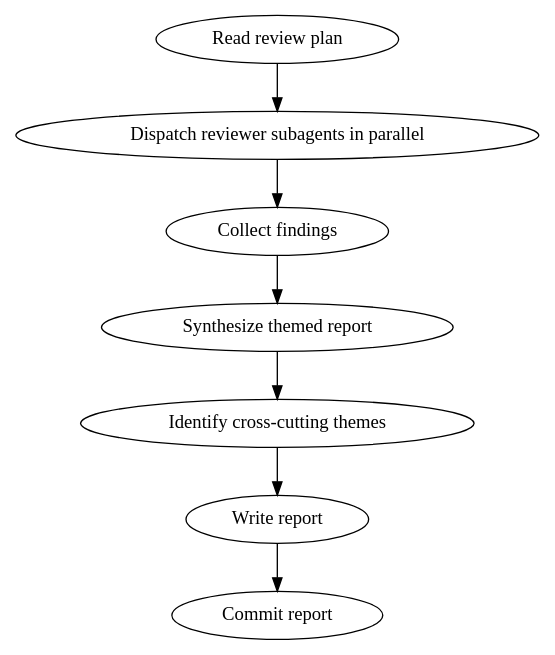
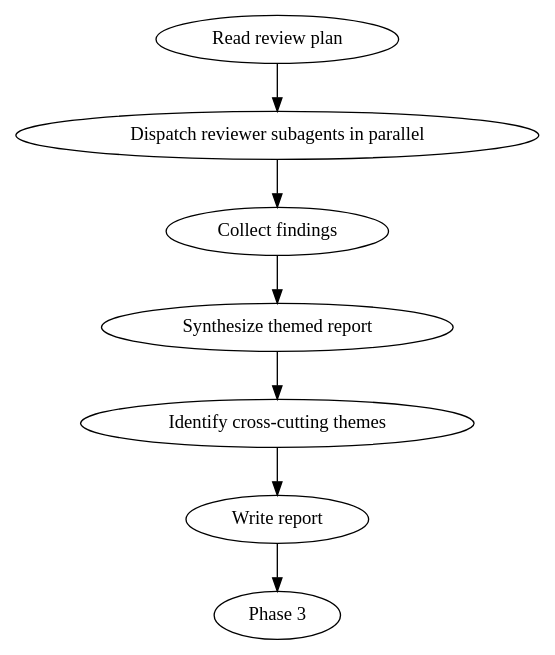
The second of 3 diagrams in .agents/skills/triage-review/SKILL.md (QuEraComputing/kirin), drawn with Graphviz before and after one commit. The commit also changed other lines of this file, not shown here.

First line of the commit message:
feat(skills): add Phase 3 verify & confirm to /triage-review

````diff
--- a/.agents/skills/triage-review/SKILL.md
+++ b/.agents/skills/triage-review/SKILL.md
@@ -102,10 +102,10 @@
 ```dot
 digraph phase2 {
     "Read review plan" -> "Dispatch reviewer subagents in parallel";
     "Dispatch reviewer subagents in parallel" -> "Collect findings";
     "Collect findings" -> "Synthesize themed report";
     "Synthesize themed report" -> "Identify cross-cutting themes";
     "Identify cross-cutting themes" -> "Write report";
-    "Write report" -> "Commit report";
+    "Write report" -> "Phase 3";
 }
 ```
````
